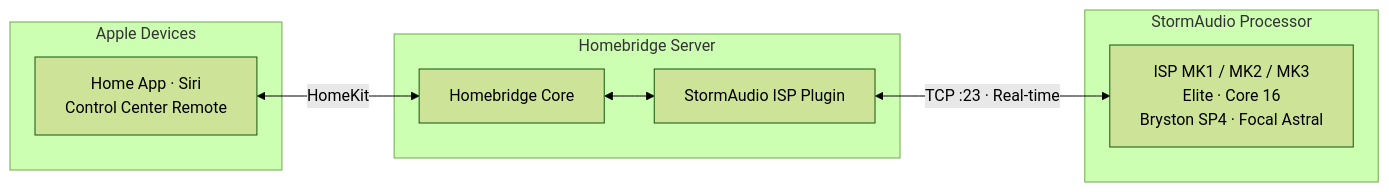
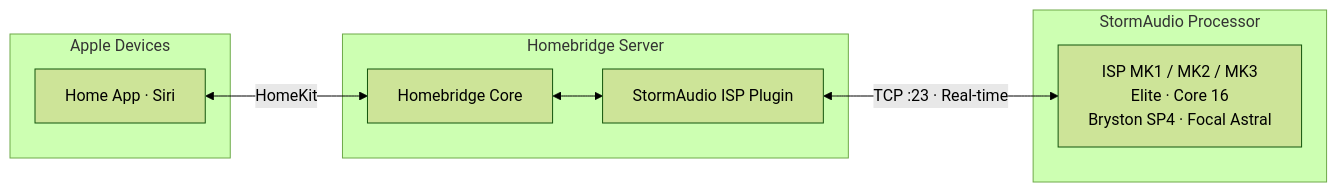
One commit to dhrone/homebridge-stormaudio-isp changed the diagram in README.md. Above: the diagram before and after it, drawn with Mermaid (forest theme). The commit also changed other lines of this file and 21 other files, not shown here.

First line of the commit message:
Add documentation screenshots, remove Control Center remote feature, update config schema

````diff
--- a/README.md
+++ b/README.md
@@ -60,19 +59,19 @@
 ```mermaid
 flowchart LR
     subgraph apple ["Apple Devices"]
-        HA["Home App · Siri\nControl Center Remote"]
+        HA["Home App · Siri"]
     end
 
     subgraph hb ["Homebridge Server"]
         Core[Homebridge Core]
         Plugin[StormAudio ISP Plugin]
     end
 
     subgraph sa ["StormAudio Processor"]
         ISP["ISP MK1 / MK2 / MK3\nElite · Core 16\nBryston SP4 · Focal Astral"]
     end
 
     HA <-->|HomeKit| Core
     Core <--> Plugin
     Plugin <-->|"TCP :23 · Real-time"| ISP
 ```
````
